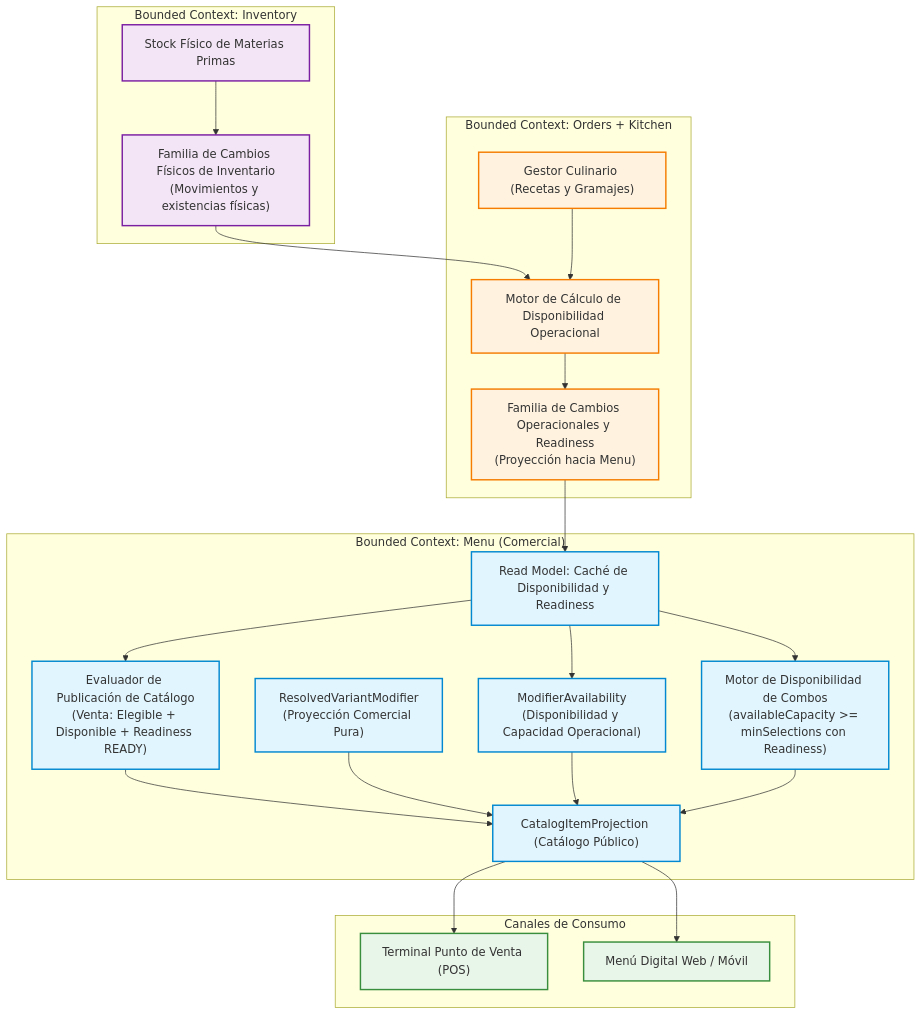
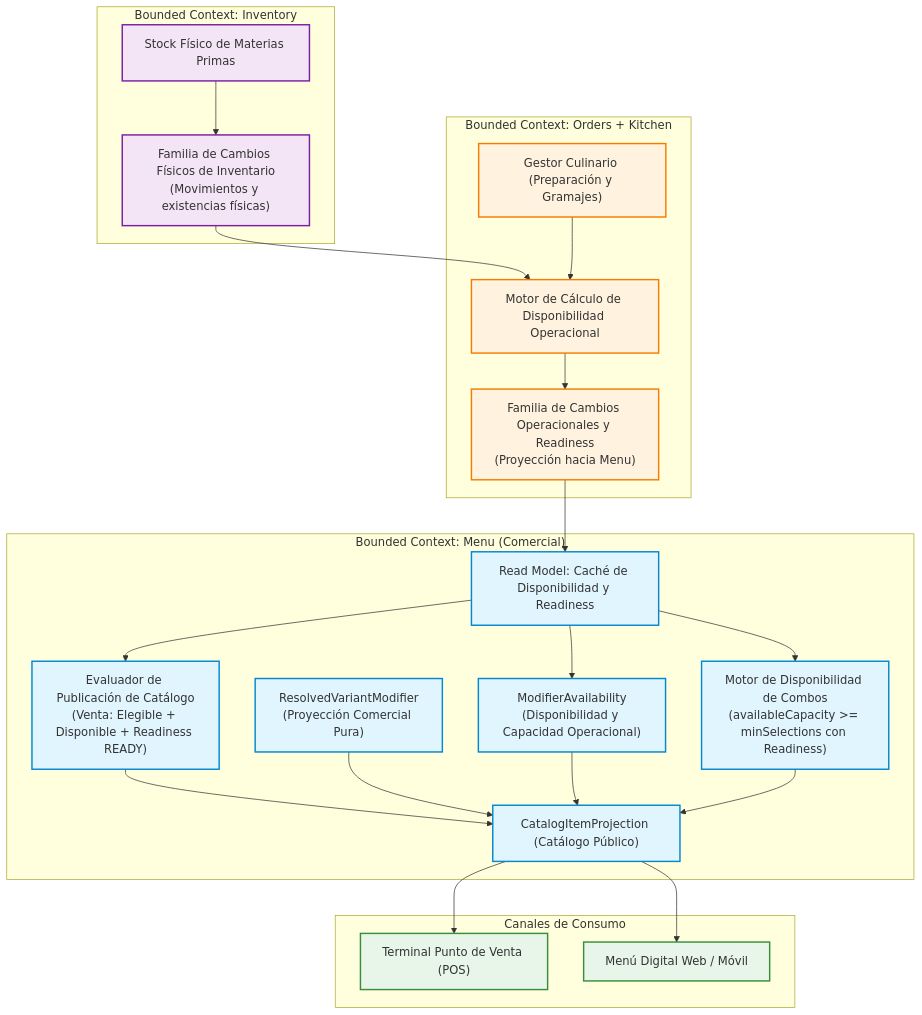
The fourth of 5 diagrams in output/ers/architechture.md (FMAT-Restaurant/Menu-Documentation), drawn with Mermaid before and after one commit. The commit also changed other lines of this file and 120 other files, not shown here.

````diff
--- a/output/ers/architechture.md
+++ b/output/ers/architechture.md
@@ -488,55 +488,55 @@
 ```mermaid
 flowchart TD
     subgraph INVENTORY["Bounded Context: Inventory"]
         InvStock["Stock Físico de Materias Primas"]
         InvEvent["Familia de Cambios Físicos de Inventario<br/>(Movimientos y existencias físicas)"]
         InvStock --> InvEvent
     end
 
     subgraph KITCHEN["Bounded Context: Orders + Kitchen"]
-        RecipeMgr["Gestor Culinario (Recetas y Gramajes)"]
+        PreparationMgr["Gestor Culinario (Preparación y Gramajes)"]
         AvailEngine["Motor de Cálculo de Disponibilidad Operacional"]
         KitchenEvent["Familia de Cambios Operacionales y Readiness<br/>(Proyección hacia Menu)"]
 
         InvEvent --> AvailEngine
-        RecipeMgr --> AvailEngine
+        PreparationMgr --> AvailEngine
         AvailEngine --> KitchenEvent
     end
 
     subgraph MENU["Bounded Context: Menu (Comercial)"]
         CacheIn["Read Model: Caché de Disponibilidad y Readiness"]
         CatalogRule["Evaluador de Publicación de Catálogo<br/>(Venta: Elegible + Disponible + Readiness READY)"]
         ResolvedMod["ResolvedVariantModifier<br/>(Proyección Comercial Pura)"]
         ModAvail["ModifierAvailability<br/>(Disponibilidad y Capacidad Operacional)"]
         ComboEngine["Motor de Disponibilidad de Combos<br/>(availableCapacity >= minSelections con Readiness)"]
         CatalogProj["CatalogItemProjection (Catálogo Público)"]
 
         KitchenEvent --> CacheIn
         CacheIn --> CatalogRule
         CacheIn --> ModAvail
         CacheIn --> ComboEngine
 
         CatalogRule --> CatalogProj
         ResolvedMod --> CatalogProj
         ModAvail --> CatalogProj
         ComboEngine --> CatalogProj
     end
 
     subgraph CLIENTS["Canales de Consumo"]
         POS["Terminal Punto de Venta (POS)"]
         OnlineMenu["Menú Digital Web / Móvil"]
 
         CatalogProj --> POS
         CatalogProj --> OnlineMenu
     end
 
     classDef menuCtx fill:#e1f5fe,stroke:#0288d1,stroke-width:2px;
     classDef kitchenCtx fill:#fff3e0,stroke:#f57c00,stroke-width:2px;
     classDef invCtx fill:#f3e5f5,stroke:#7b1fa2,stroke-width:2px;
     classDef clientCtx fill:#e8f5e9,stroke:#388e3c,stroke-width:2px;
 
     class CacheIn,CatalogRule,ResolvedMod,ModAvail,ComboEngine,CatalogProj menuCtx;
-    class RecipeMgr,AvailEngine,KitchenEvent kitchenCtx;
+    class PreparationMgr,AvailEngine,KitchenEvent kitchenCtx;
     class InvStock,InvEvent invCtx;
     class POS,OnlineMenu clientCtx;
 ```
````
